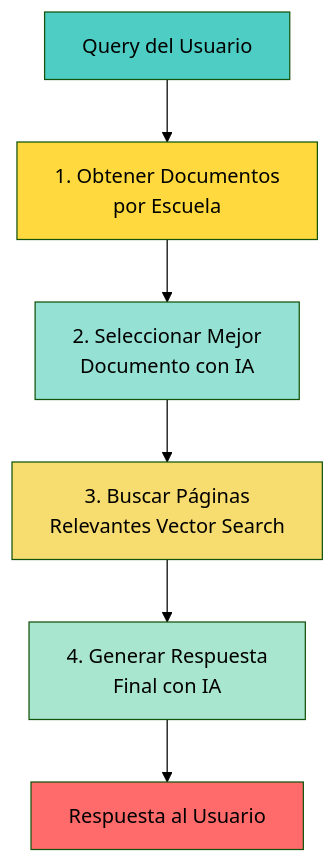
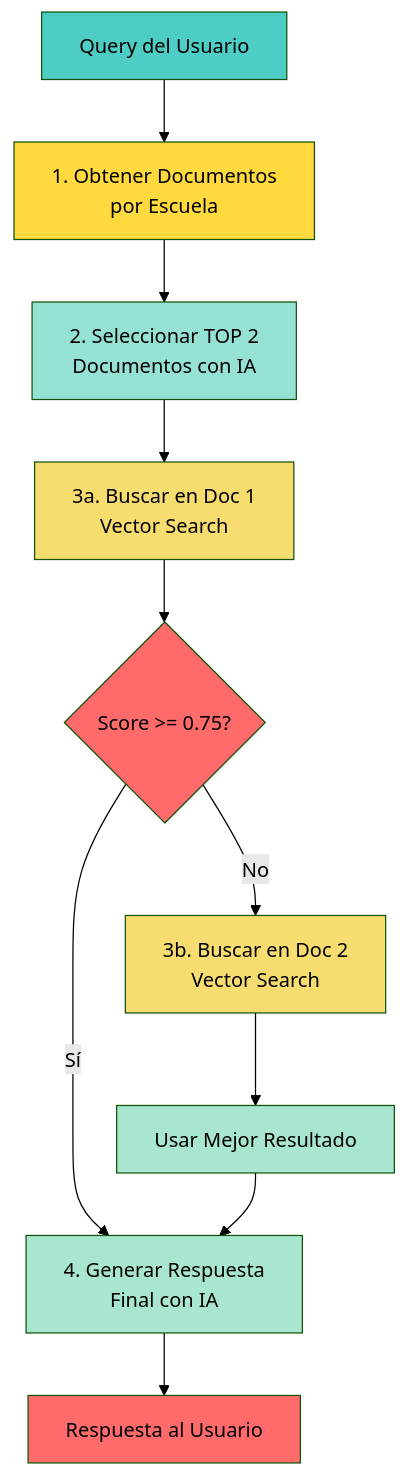
One commit to Ronald2328/Eduva-Assistant changed the first of 3 diagrams in docs/3-flujo-de-datos/3.3-busqueda-documentos.md. Above: the diagram before and after it, drawn with Mermaid (forest theme). The commit also changed other lines of this file and 8 other files, not shown here.

````diff
--- a/docs/3-flujo-de-datos/3.3-busqueda-documentos.md
+++ b/docs/3-flujo-de-datos/3.3-busqueda-documentos.md
@@ -7,15 +7,22 @@
 ```mermaid
 graph TB
     START[Query del Usuario] --> STEP1[1. Obtener Documentos<br/>por Escuela]
-    STEP1 --> STEP2[2. Seleccionar Mejor<br/>Documento con IA]
-    STEP2 --> STEP3[3. Buscar Páginas<br/>Relevantes Vector Search]
-    STEP3 --> STEP4[4. Generar Respuesta<br/>Final con IA]
+    STEP1 --> STEP2[2. Seleccionar TOP 2<br/>Documentos con IA]
+    STEP2 --> STEP3A[3a. Buscar en Doc 1<br/>Vector Search]
+    STEP3A --> CHECK{Score >= 0.75?}
+    CHECK -->|Sí| STEP4[4. Generar Respuesta<br/>Final con IA]
+    CHECK -->|No| STEP3B[3b. Buscar en Doc 2<br/>Vector Search]
+    STEP3B --> BEST[Usar Mejor Resultado]
+    BEST --> STEP4
     STEP4 --> END[Respuesta al Usuario]
 
     style START fill:#4ECDC4
     style STEP1 fill:#FFD93D
     style STEP2 fill:#95E1D3
-    style STEP3 fill:#F7DC6F
+    style STEP3A fill:#F7DC6F
+    style CHECK fill:#FF6B6B
+    style STEP3B fill:#F7DC6F
+    style BEST fill:#A8E6CF
     style STEP4 fill:#A8E6CF
     style END fill:#FF6B6B
 ```
````
